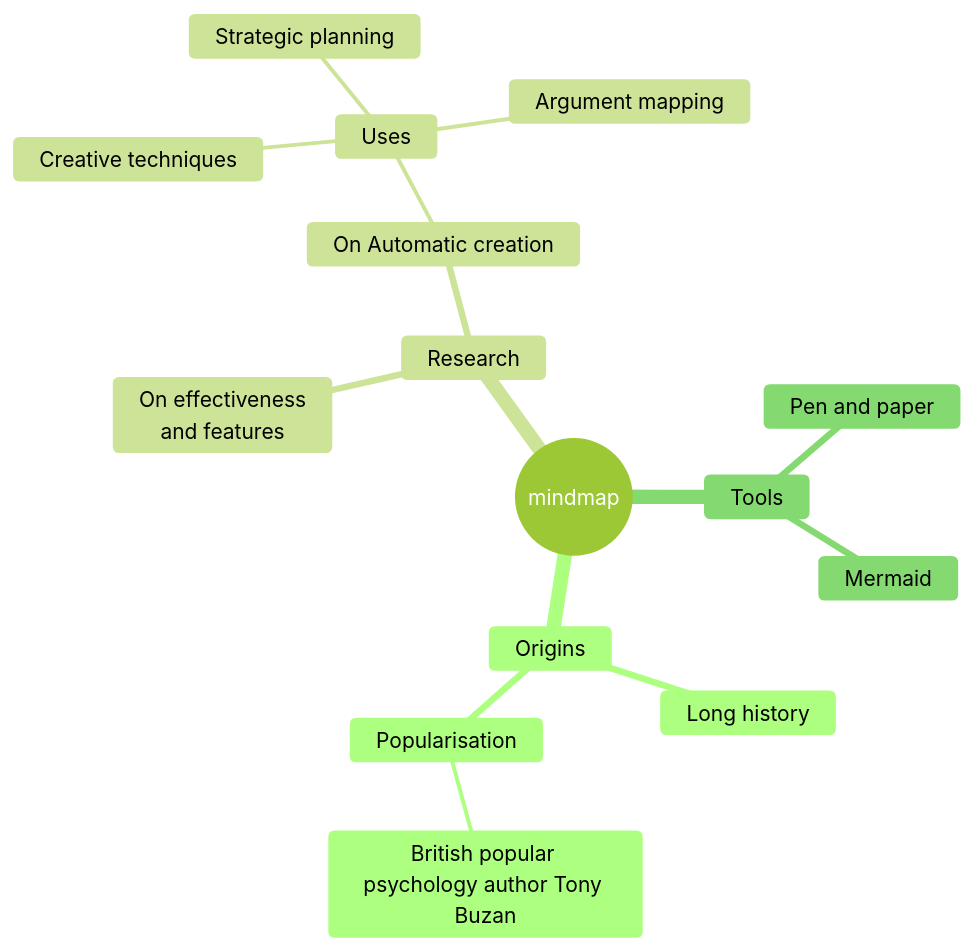
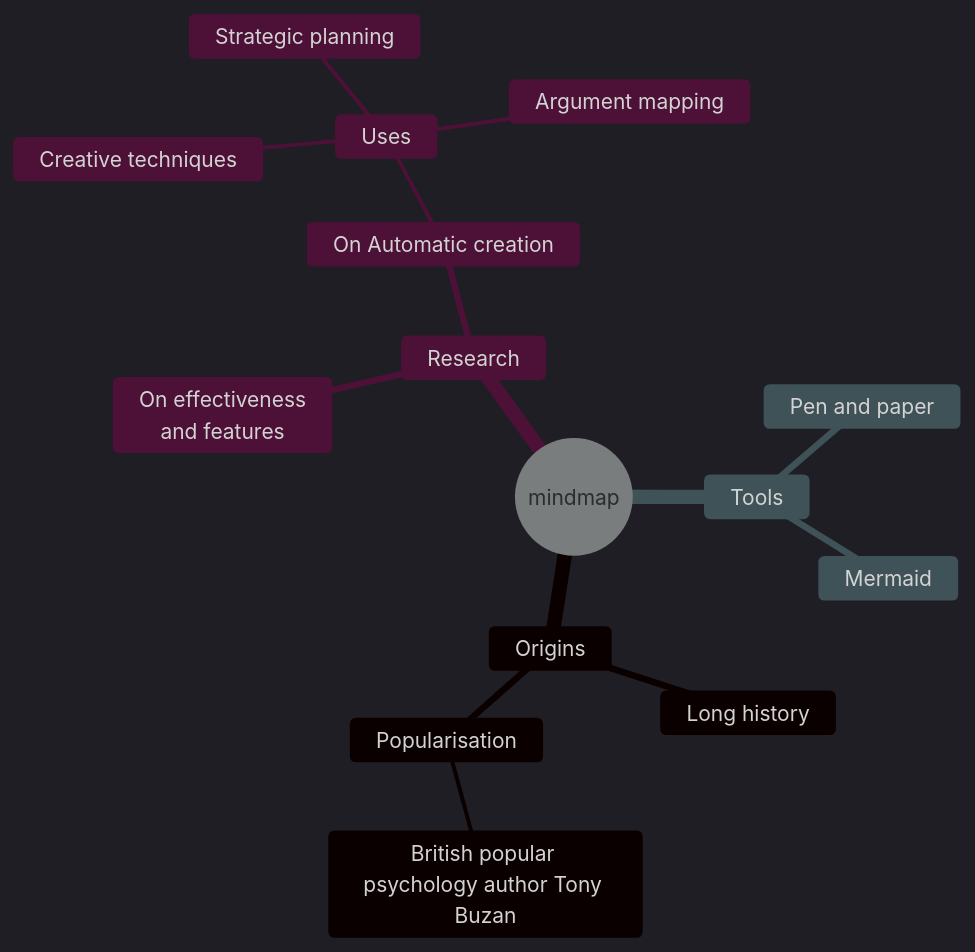
Before and after one commit to mnmlsniper/qa-automation-js-roadmap: the diagram in README.md, drawn with Mermaid.

````diff
--- a/README.md
+++ b/README.md
@@ -3,21 +3,21 @@
 ```mermaid
-%%{init: {'theme':'forest'}}%%
+%%{init: {'theme':'dark'}}%%
 mindmap
   root((mindmap))
     Origins
       Long history
       ::icon(fa fa-book)
       Popularisation
         British popular psychology author Tony Buzan
     Research
       On effectiveness<br/>and features
       On Automatic creation
         Uses
             Creative techniques
             Strategic planning
             Argument mapping
     Tools
       Pen and paper
       Mermaid
 
 ```
````
